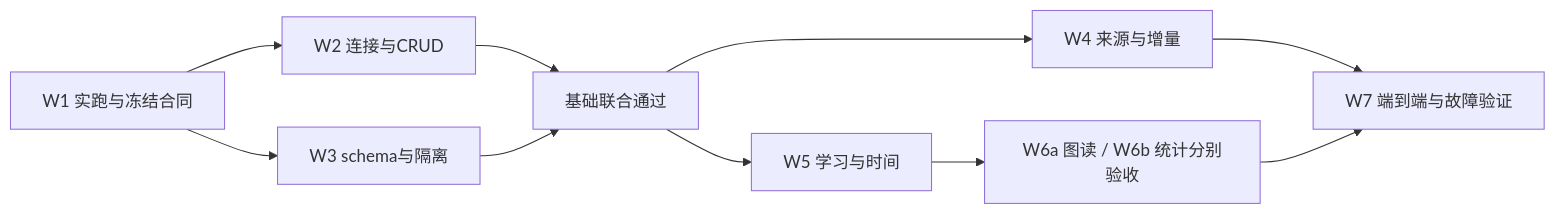
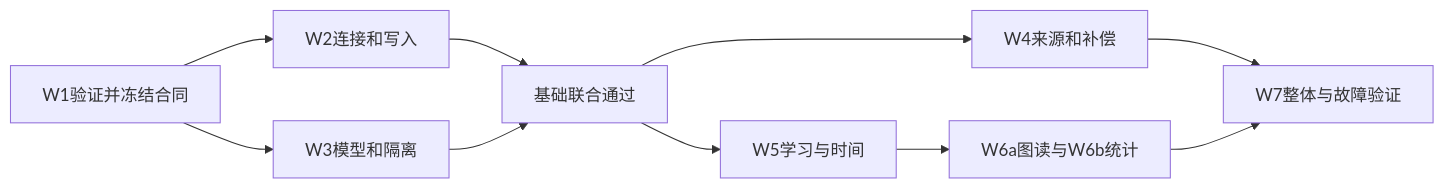
Diagram 14 of 14 in docs/cognee/graph-storage-postgres-analysis.md (stefanv5/memory-platform-architecture), drawn with Mermaid before and after one commit. The commit also changed other lines of this file and 4 other files, not shown here.

````diff
--- a/docs/cognee/graph-storage-postgres-analysis.md
+++ b/docs/cognee/graph-storage-postgres-analysis.md
@@ -1370,12 +420,12 @@
 ```mermaid
 flowchart LR
-    P[W1 实跑与冻结合同] --> A[W2 连接与CRUD]
-    P --> B[W3 schema与隔离]
-    A --> S[基础联合通过]
-    B --> S
-    S --> C[W4 来源与增量]
-    S --> D[W5 学习与时间]
-    D --> E[W6a 图读 / W6b 统计分别验收]
-    C --> I[W7 端到端与故障验证]
-    E --> I
+    P[W1验证并冻结合同] --> A[W2连接和写入]
+    P --> B[W3模型和隔离]
+    A --> J[基础联合通过]
+    B --> J
+    J --> C[W4来源和补偿]
+    J --> D[W5学习与时间]
+    D --> E[W6a图读与W6b统计]
+    C --> F[W7整体与故障验证]
+    E --> F
 ```
````
